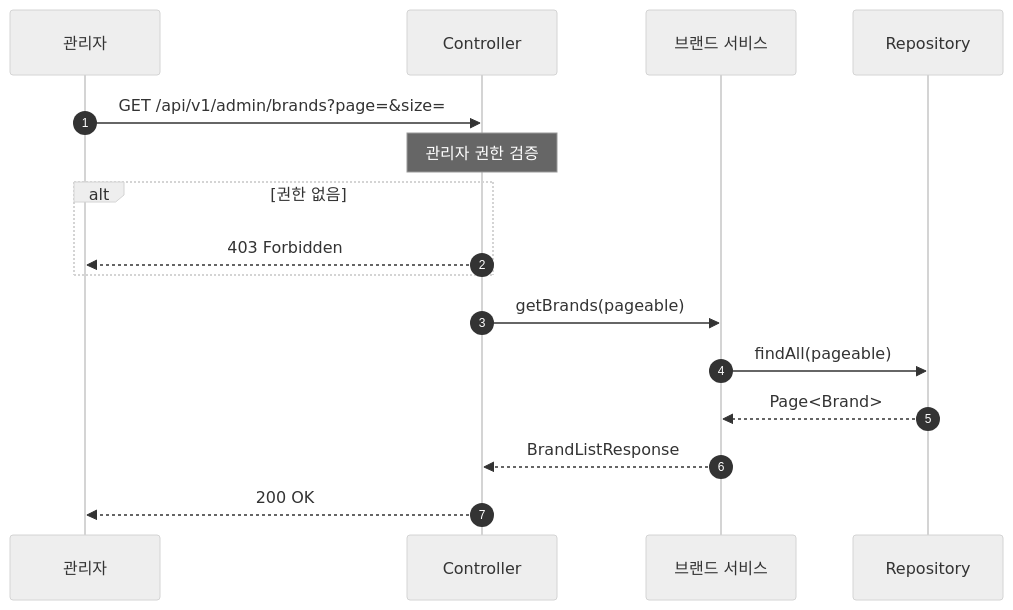
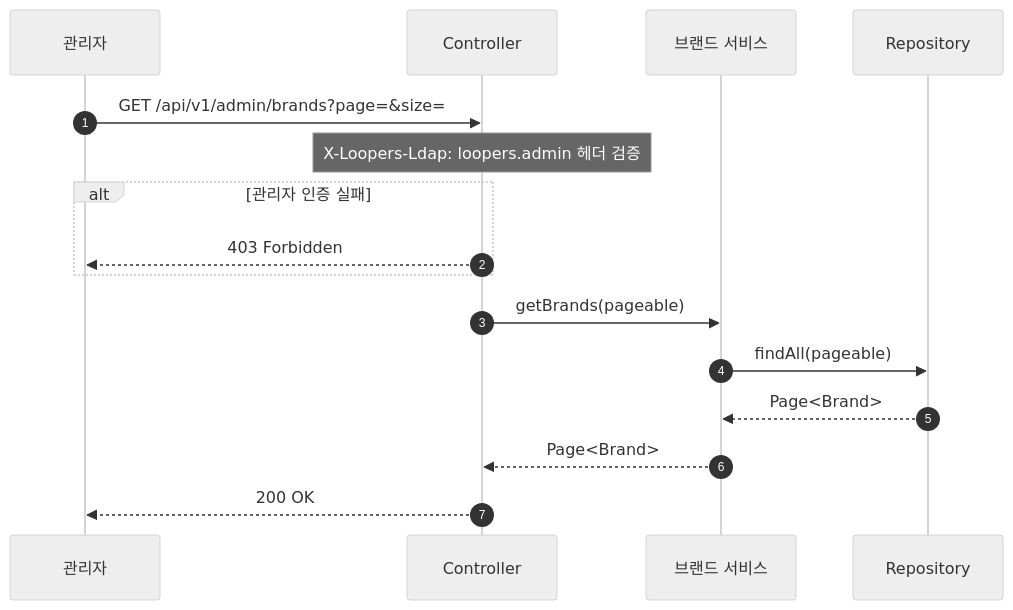
Before and after one commit to letter333/loop-pack-be-l2-vol3-java: the fourth of 18 diagrams in docs/design/02-sequence-diagram.md, drawn with Mermaid (neutral theme). The commit also changed other lines of this file and 4 other files, not shown here.

````diff
--- a/docs/design/02-sequence-diagram.md
+++ b/docs/design/02-sequence-diagram.md
@@ -123,21 +131,21 @@
 ```mermaid
 sequenceDiagram
     autonumber
     participant Admin as 관리자
     participant Controller
     participant Service as 브랜드 서비스
     participant Repository
 
     Admin->>Controller: GET /api/v1/admin/brands?page=&size=
-    Note over Controller: 관리자 권한 검증
+    Note over Controller: X-Loopers-Ldap: loopers.admin 헤더 검증
 
-    alt 권한 없음
+    alt 관리자 인증 실패
         Controller-->>Admin: 403 Forbidden
     end
 
     Controller->>Service: getBrands(pageable)
     Service->>Repository: findAll(pageable)
     Repository-->>Service: Page<Brand>
-    Service-->>Controller: BrandListResponse
+    Service-->>Controller: Page<Brand>
     Controller-->>Admin: 200 OK
 ```
````
